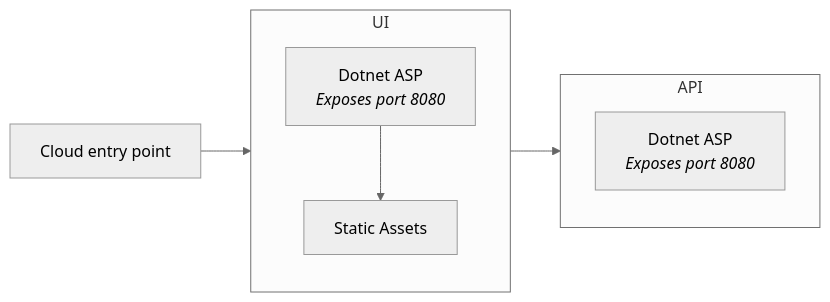
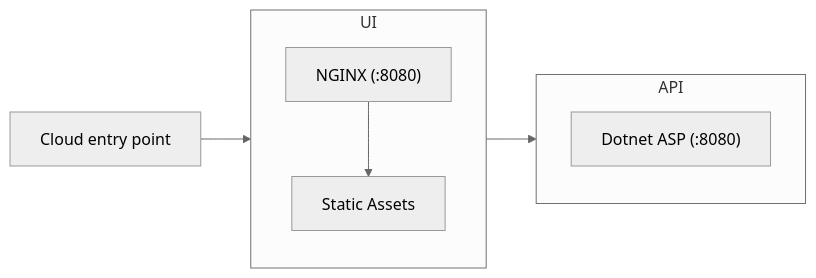
Before and after one commit to bencoveney/dotnet-container: the diagram in README.md, drawn with Mermaid (neutral theme).

Commit message:
Fix mermaid syntax incompatible with github

````diff
--- a/README.md
+++ b/README.md
@@ -24,18 +24,16 @@
 ```mermaid
 graph LR
   host-->nginx
   nginx-->dotnet
   host["Cloud entry point"]
   subgraph api["API"]
     direction TB
-    dotnet["`Dotnet ASP
-    _Exposes port 8080_`"]
+    dotnet["Dotnet ASP (:8080)"]
   end
   subgraph ui["UI"]
     direction TB
-    nginx["`Dotnet ASP
-    _Exposes port 8080_`"]
+    nginx["NGINX (:8080)"]
     static["Static Assets"]
     nginx-->static
   end
 ```
````
